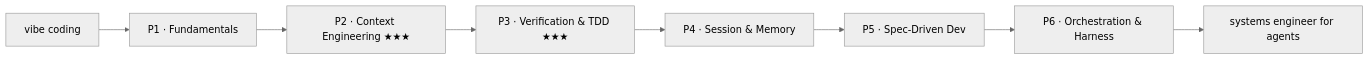
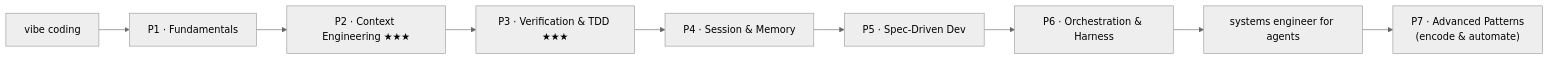
The diagram in docs/curriculum/index.md (CodyAMaughan/agent-first-engineering), drawn with Mermaid (neutral theme) before and after one commit. The commit also changed other lines of this file and 7 other files, not shown here.

First line of the commit message:
docs(phase-7): open Advanced Patterns tier + Lesson 7.1 Anatomy of a Skill

````diff
--- a/docs/curriculum/index.md
+++ b/docs/curriculum/index.md
@@ -14,10 +15,11 @@
 ```mermaid
 flowchart LR
     V[vibe coding] --> P1[P1 · Fundamentals]
     P1 --> P2["P2 · Context Engineering ★★★"]
     P2 --> P3["P3 · Verification & TDD ★★★"]
     P3 --> P4[P4 · Session & Memory]
     P4 --> P5[P5 · Spec-Driven Dev]
     P5 --> P6[P6 · Orchestration & Harness]
     P6 --> S[systems engineer for agents]
+    S --> P7["P7 · Advanced Patterns<br/>(encode & automate)"]
 ```
````
